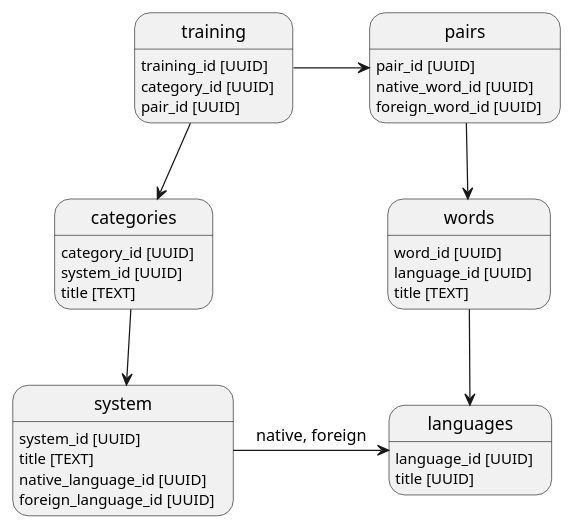
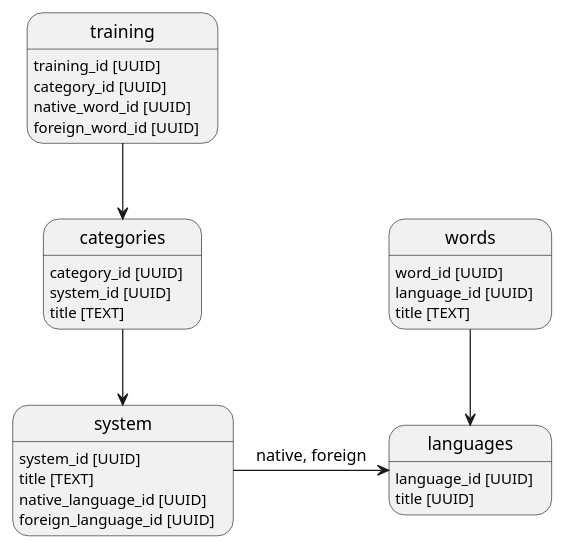
The diagram in src/database/schema.puml (LingAny/data-access), drawn with PlantUML before and after one commit.

Commit message:
[WIP] fix database schema

```diff
--- a/src/database/schema.puml
+++ b/src/database/schema.puml
@@ -1,33 +1,29 @@
 @startuml
 
 languages: language_id [UUID]
 languages: title [UUID]
 
 system: system_id [UUID]
 system: title [TEXT]
 system: native_language_id [UUID]
 system: foreign_language_id [UUID]
 system -> languages: native, foreign
 
 categories: category_id [UUID]
 categories: system_id [UUID]
 categories: title [TEXT]
 categories --> system
 
 words: word_id [UUID]
 words: language_id [UUID]
 words: title [TEXT]
 words --> languages
 
-pairs: pair_id [UUID]
-pairs: native_word_id [UUID]
-pairs: foreign_word_id [UUID]
-pairs --> words
 
 training: training_id [UUID]
 training: category_id [UUID]
-training: pair_id [UUID]
+training: native_word_id [UUID]
+training: foreign_word_id [UUID]
 training --> categories
-training -> pairs
 
 @enduml
```
